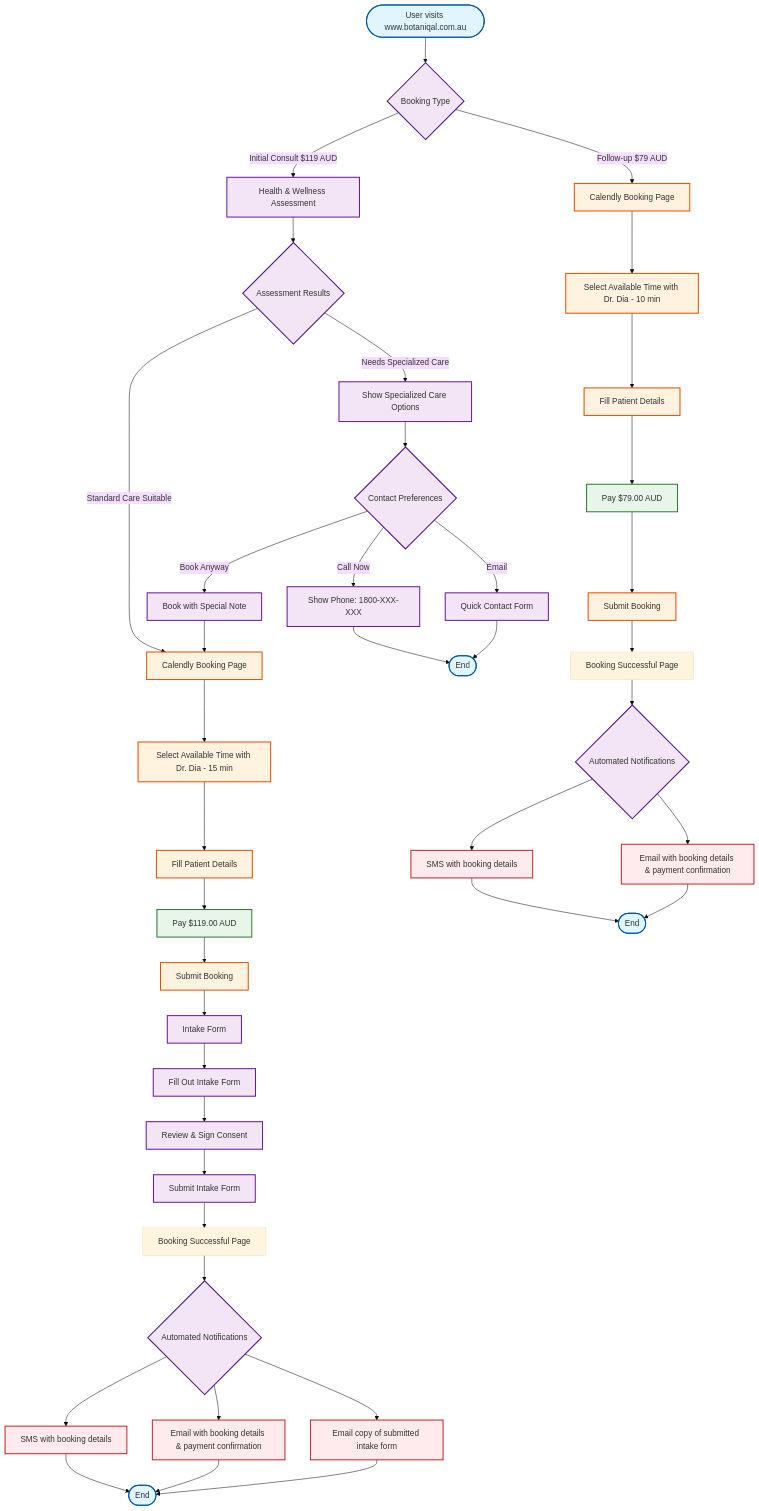
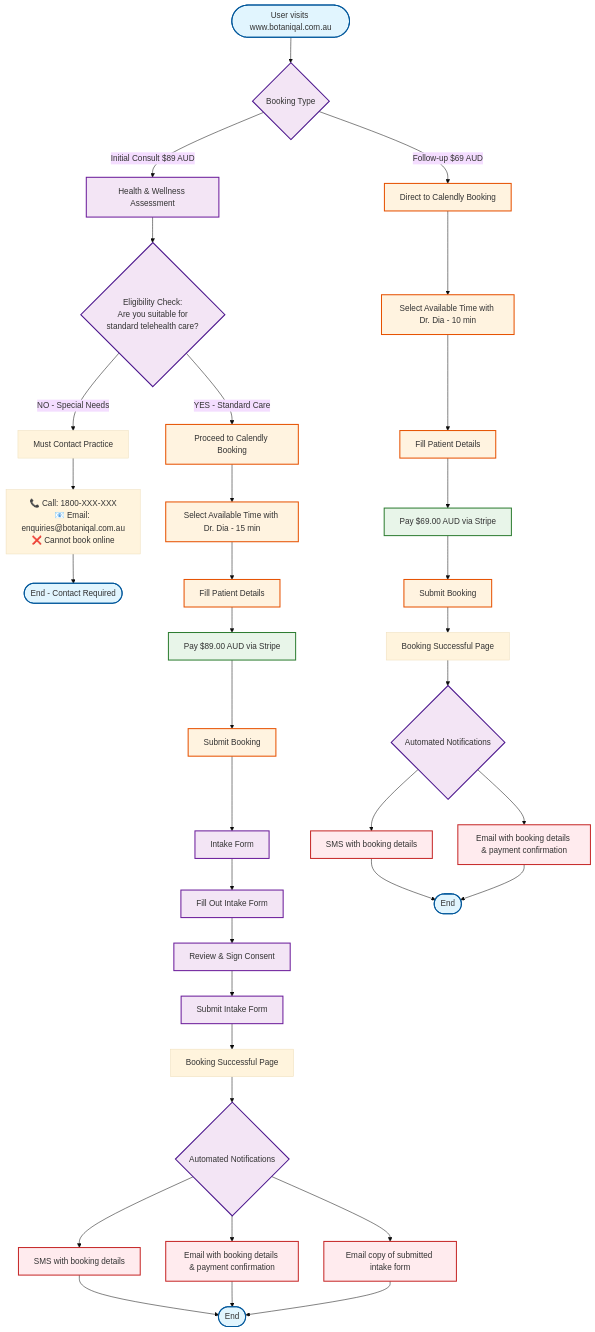
One commit to adaptationio/botanical-updates changed the diagram in flowcharts/1-current-system/booking/patient-booking-flow.md. Above: the diagram before and after it, drawn with Mermaid (base theme). The commit also changed other lines of this file, not shown here.

Commit message:
Update current system patient booking flow to accurately show eligibility check
- Fixed pricing to show correct current system prices (9/9 AUD not 19/9)
- Clarified eligibility assessment determines if you can book online or must contact practice
- Removed misleading 'options' - if eligibility fails, booking is BLOCKED
- Added clear visual indicators (✅/❌) for pass/fail paths
- Added 'blocked' styling for contact required path
- Updated flow details to emphasize eligibility is pass/fail, not optional
- Added business rules section explaining eligibility criteria

This makes it clear that the current system has a strict eligibility gate -
patients who fail the assessment cannot book online and must contact the practice.

````diff
--- a/flowcharts/1-current-system/booking/patient-booking-flow.md
+++ b/flowcharts/1-current-system/booking/patient-booking-flow.md
@@ -6,76 +8,71 @@
 ```mermaid
 flowchart TD
     Start([User visits www.botaniqal.com.au]) --> Choice{Booking Type}
     
     %% Initial Consultation Path
-    Choice -->|Initial Consult $119 AUD| Eligibility[Health & Wellness Assessment]
+    Choice -->|Initial Consult $89 AUD| Eligibility[Health & Wellness Assessment]
     
-    Eligibility --> HealthCheck{Assessment Results}
-    HealthCheck -->|Needs Specialized Care| SpecializedOptions[Show Specialized Care Options]
-    HealthCheck -->|Standard Care Suitable| Calendar1[Calendly Booking Page]
+    Eligibility --> HealthCheck{Eligibility Check:<br/>Are you suitable for<br/>standard telehealth care?}
+    HealthCheck -->|YES - Standard Care| Calendar1[Proceed to Calendly Booking]
+    HealthCheck -->|NO - Special Needs| ContactRequired[Must Contact Practice]
     
-    SpecializedOptions --> ContactOptions{Contact Preferences}
-    ContactOptions -->|Call Now| PhoneInfo[Show Phone: 1800-XXX-XXX]
-    ContactOptions -->|Email| EmailForm[Quick Contact Form]
-    ContactOptions -->|Book Anyway| SpecialNote[Book with Special Note]
-    
-    PhoneInfo --> End1([End])
-    EmailForm --> End1([End])
-    SpecialNote --> Calendar1
+    ContactRequired --> ContactInfo[📞 Call: 1800-XXX-XXX<br/>📧 Email: enquiries@botaniqal.com.au<br/>❌ Cannot book online]
+    ContactInfo --> End1([End - Contact Required])
     
     %% Follow-up Path
-    Choice -->|Follow-up $79 AUD| Calendar2[Calendly Booking Page]
+    Choice -->|Follow-up $69 AUD| Calendar2[Direct to Calendly Booking]
     
     %% Booking Process for Initial
     Calendar1 --> SelectTime1[Select Available Time with Dr. Dia - 15 min]
     SelectTime1 --> Details1[Fill Patient Details]
-    Details1 --> Payment1[Pay $119.00 AUD]
+    Details1 --> Payment1[Pay $89.00 AUD via Stripe]
     Payment1 --> Submit1[Submit Booking]
     Submit1 --> IntakeForm[Intake Form]
     
     IntakeForm --> FillIntake[Fill Out Intake Form]
     FillIntake --> Consent[Review & Sign Consent]
     Consent --> SubmitIntake[Submit Intake Form]
     
     %% Booking Process for Follow-up
     Calendar2 --> SelectTime2[Select Available Time with Dr. Dia - 10 min]
     SelectTime2 --> Details2[Fill Patient Details]
-    Details2 --> Payment2[Pay $79.00 AUD]
+    Details2 --> Payment2[Pay $69.00 AUD via Stripe]
     Payment2 --> Submit2[Submit Booking]
     
     %% Success Pages
     SubmitIntake --> Success1[Booking Successful Page]
     Submit2 --> Success2[Booking Successful Page]
     
     %% Notifications
     Success1 --> Notifications1{Automated Notifications}
     Success2 --> Notifications2{Automated Notifications}
     
     Notifications1 --> SMS1[SMS with booking details]
     Notifications1 --> Email1[Email with booking details & payment confirmation]
     Notifications1 --> IntakeCopy[Email copy of submitted intake form]
     
     Notifications2 --> SMS2[SMS with booking details]
     Notifications2 --> Email2[Email with booking details & payment confirmation]
     
     SMS1 --> End2([End])
     Email1 --> End2
     IntakeCopy --> End2
     SMS2 --> End3([End])
     Email2 --> End3
     
     %% Styling
     classDef startEnd fill:#e1f5fe,stroke:#01579b,stroke-width:2px
     classDef process fill:#fff3e0,stroke:#e65100,stroke-width:2px
     classDef decision fill:#f3e5f5,stroke:#4a148c,stroke-width:2px
     classDef payment fill:#e8f5e9,stroke:#2e7d32,stroke-width:2px
     classDef notification fill:#ffebee,stroke:#c62828,stroke-width:2px
     classDef form fill:#f3e5f5,stroke:#6a1b9a,stroke-width:2px
     
     class Start,End1,End2,End3 startEnd
-    class Choice,HealthCheck,ContactOptions,Notifications1,Notifications2 decision
+    class Choice,HealthCheck,Notifications1,Notifications2 decision
     class Calendar1,Calendar2,SelectTime1,SelectTime2,Details1,Details2,Submit1,Submit2 process
     class Payment1,Payment2 payment
     class SMS1,SMS2,Email1,Email2,IntakeCopy notification
-    class Eligibility,IntakeForm,FillIntake,Consent,SubmitIntake,SpecializedOptions,PhoneInfo,EmailForm,SpecialNote form
+    class Eligibility,IntakeForm,FillIntake,Consent,SubmitIntake form
+    class ContactRequired,ContactInfo blocked
 ```
````
